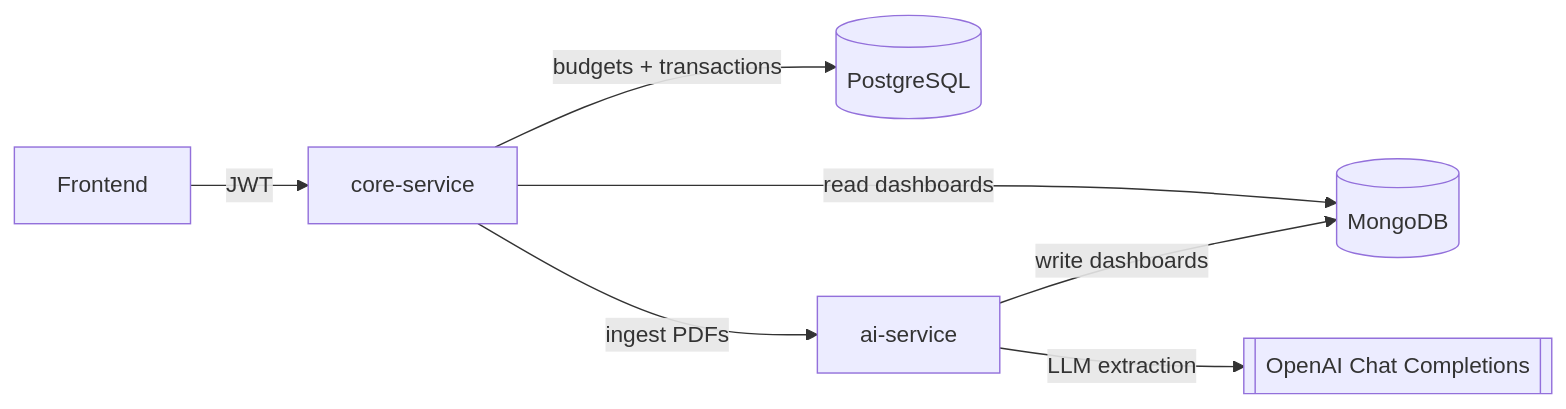
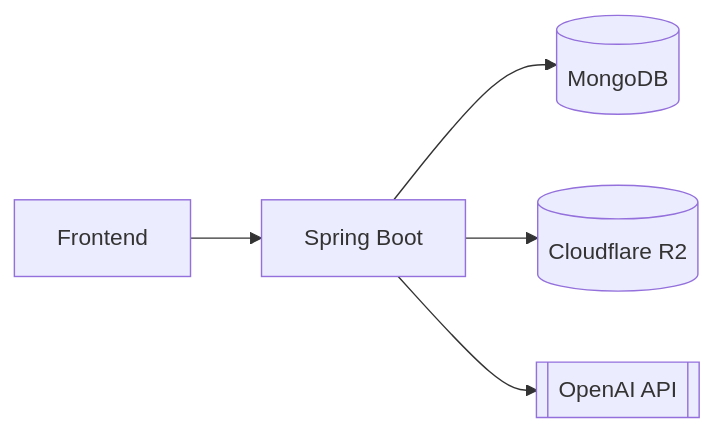
The fifth of 5 diagrams in README.md (l-quincy01/docstack), drawn with Mermaid before and after one commit. The commit also changed other lines of this file and 12 other files, not shown here.

````diff
--- a/README.md
+++ b/README.md
@@ -118,9 +267,14 @@
 ```mermaid
 flowchart LR
-    FE[Frontend] -->|JWT| API[core-service]
-    API -->|budgets + transactions| PSQL[(PostgreSQL)]
-    API -->|read dashboards| MONGO[(MongoDB)]
-    API -->|ingest PDFs| AI[ai-service]
-    AI -->|LLM extraction| OpenAI[[OpenAI Chat Completions]]
-    AI -->|write dashboards| MONGO
+
+FE[Frontend]
+API[Spring Boot]
+MONGO[(MongoDB)]
+R2[(Cloudflare R2)]
+OPENAI[[OpenAI API]]
+
+FE --> API
+API --> MONGO
+API --> R2
+API --> OPENAI
 ```
````
